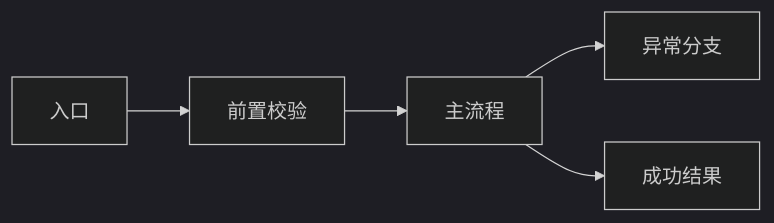
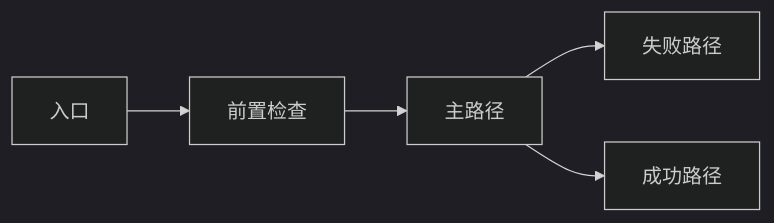
The diagram in skills/coding/change-spec-planner/assets/templates/major.md (sltc-dev/core-foundry), drawn with Mermaid (dark theme) before and after one commit. The commit also changed other lines of this file and 7 other files, not shown here.

````diff
--- a/skills/coding/change-spec-planner/assets/templates/major.md
+++ b/skills/coding/change-spec-planner/assets/templates/major.md
@@ -30,7 +30,7 @@
 ```mermaid
 flowchart LR
-    A["入口"] --> B["前置校验"]
-    B --> C["主流程"]
-    C --> D["异常分支"]
-    C --> E["成功结果"]
+    A["入口"] --> B["前置检查"]
+    B --> C["主路径"]
+    C --> D["失败路径"]
+    C --> E["成功路径"]
 ```
````
